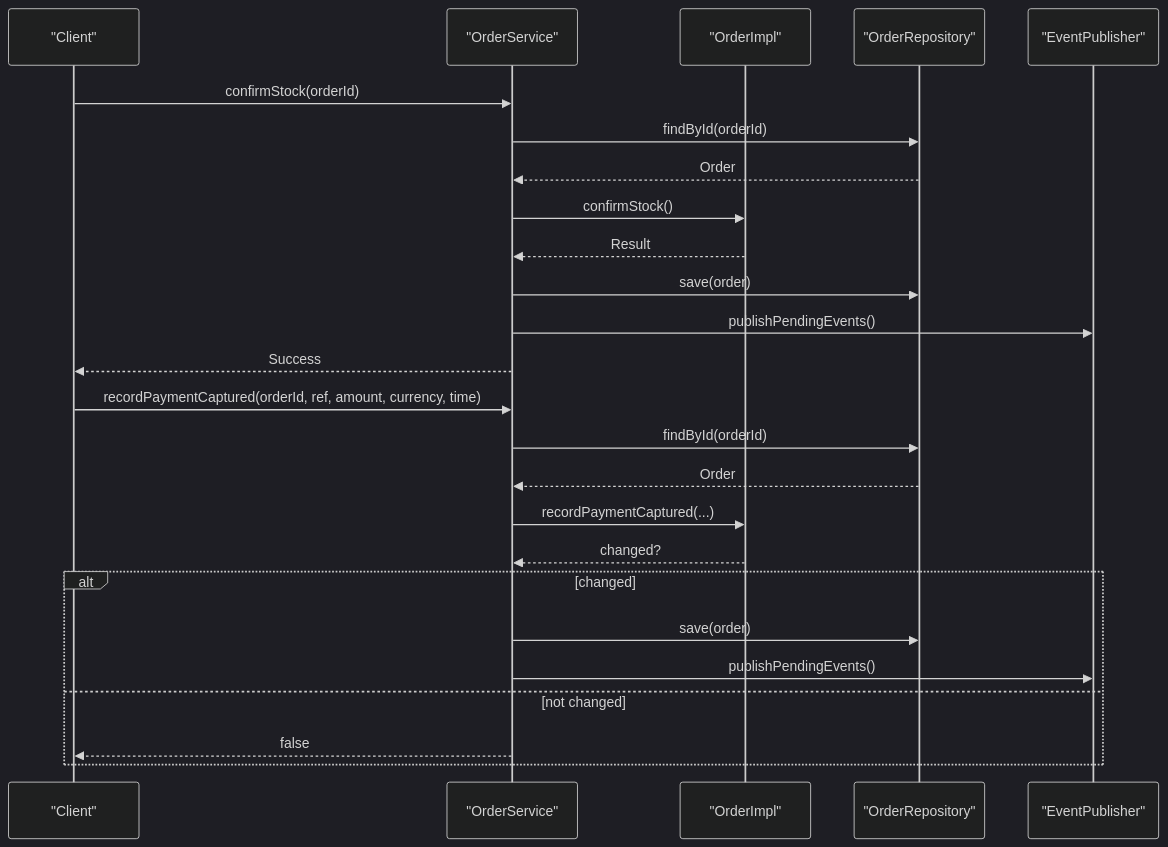
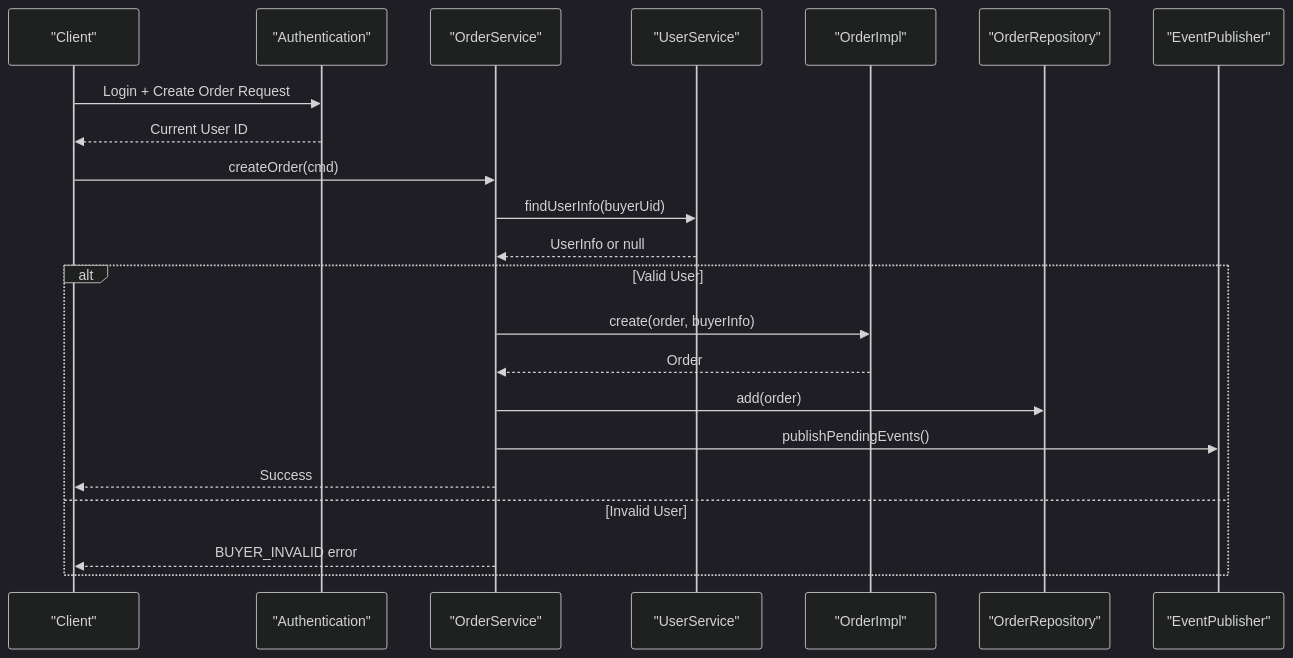
Before and after one commit to ddd-mall/j-store: the second of 8 diagrams in .qoder/repowiki/en/content/Order Management Module/Order Management Module.md, drawn with Mermaid (dark theme). The commit also changed other lines of this file and 334 other files, not shown here.

````diff
--- a/.qoder/repowiki/en/content/Order Management Module/Order Management Module.md
+++ b/.qoder/repowiki/en/content/Order Management Module/Order Management Module.md
@@ -104,27 +124,24 @@
 ```mermaid
 sequenceDiagram
 participant Client as "Client"
+participant Auth as "Authentication"
 participant Service as "OrderService"
+participant UserACL as "UserService"
 participant Aggregate as "OrderImpl"
 participant Repo as "OrderRepository"
 participant Bus as "EventPublisher"
-Client->>Service : confirmStock(orderId)
-Service->>Repo : findById(orderId)
-Repo-->>Service : Order
-Service->>Aggregate : confirmStock()
-Aggregate-->>Service : Result
-Service->>Repo : save(order)
+Client->>Auth : Login + Create Order Request
+Auth-->>Client : Current User ID
+Client->>Service : createOrder(cmd)
+Service->>UserACL : findUserInfo(buyerUid)
+UserACL-->>Service : UserInfo or null
+alt Valid User
+Service->>Aggregate : create(order, buyerInfo)
+Aggregate-->>Service : Order
+Service->>Repo : add(order)
 Service->>Bus : publishPendingEvents()
 Service-->>Client : Success
-Client->>Service : recordPaymentCaptured(orderId, ref, amount, currency, time)
-Service->>Repo : findById(orderId)
-Repo-->>Service : Order
-Service->>Aggregate : recordPaymentCaptured(...)
-Aggregate-->>Service : changed?
-alt changed
-Service->>Repo : save(order)
-Service->>Bus : publishPendingEvents()
-else not changed
-Service-->>Client : false
+else Invalid User
+Service-->>Client : BUYER_INVALID error
 end
 ```
````
